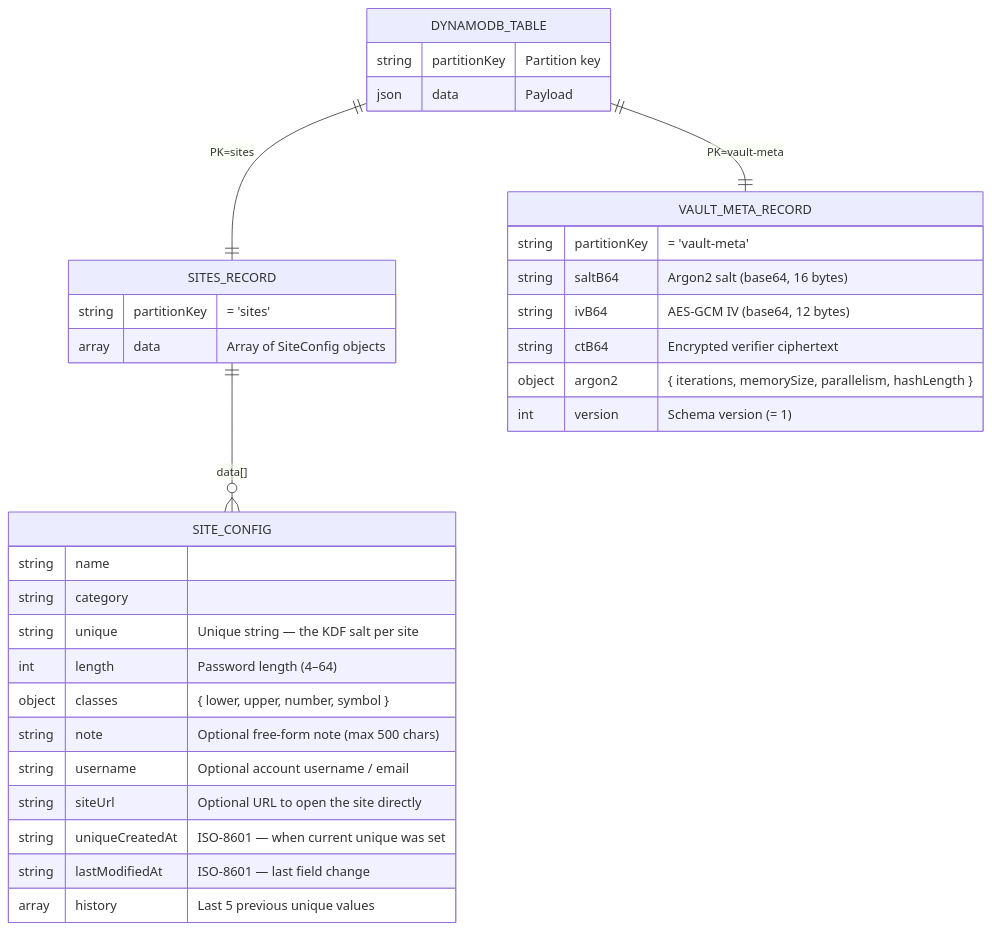
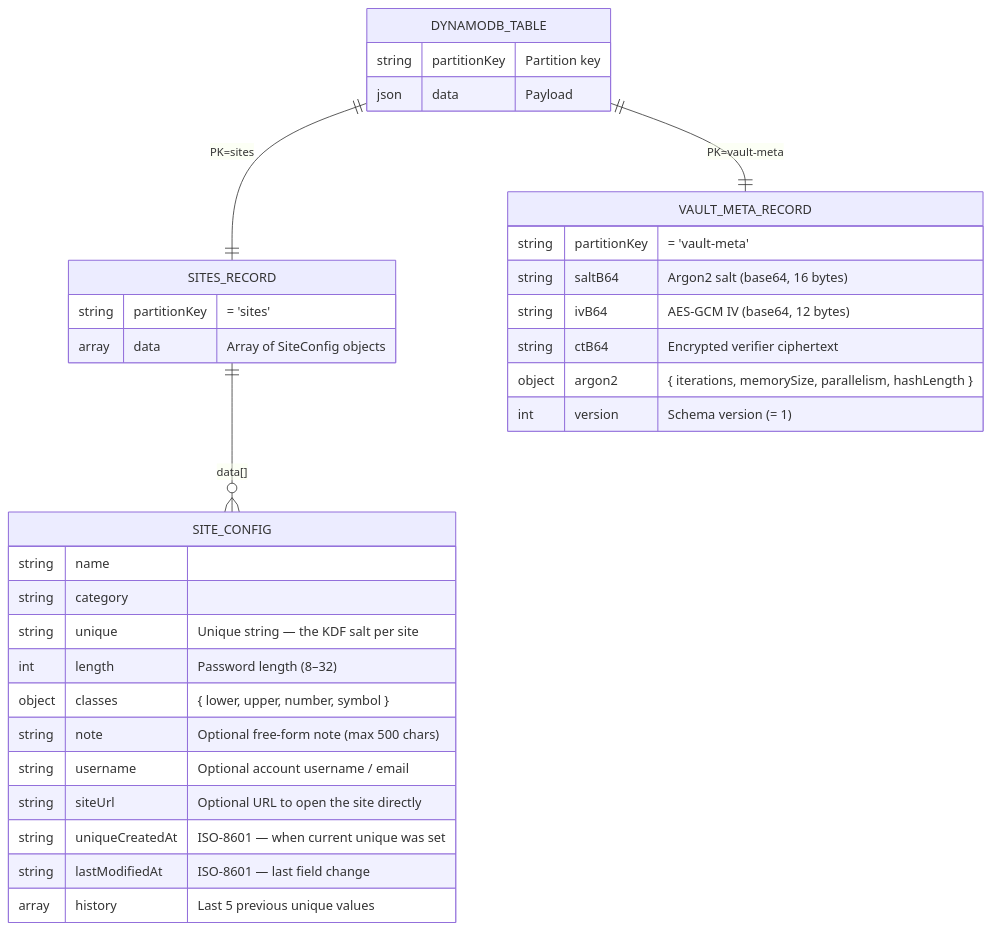
One commit to arindam-manulife/pManager changed the fourth of 8 diagrams in documentation/ARCHITECTURE.md. Above: the diagram before and after it, drawn with Mermaid. The commit also changed other lines of this file and 11 other files, not shown here.

````diff
--- a/documentation/ARCHITECTURE.md
+++ b/documentation/ARCHITECTURE.md
@@ -140,39 +151,39 @@
 ```mermaid
 erDiagram
     DYNAMODB_TABLE {
         string partitionKey "Partition key"
         json   data         "Payload"
     }
 
     SITES_RECORD {
         string partitionKey "= 'sites'"
         array  data         "Array of SiteConfig objects"
     }
 
     VAULT_META_RECORD {
         string partitionKey "= 'vault-meta'"
         string saltB64  "Argon2 salt (base64, 16 bytes)"
         string ivB64    "AES-GCM IV (base64, 12 bytes)"
         string ctB64    "Encrypted verifier ciphertext"
         object argon2   "{ iterations, memorySize, parallelism, hashLength }"
         int    version  "Schema version (= 1)"
     }
 
     SITE_CONFIG {
         string name
         string category
         string unique          "Unique string — the KDF salt per site"
-        int    length          "Password length (4–64)"
+        int    length          "Password length (8–32)"
         object classes         "{ lower, upper, number, symbol }"
         string note            "Optional free-form note (max 500 chars)"
         string username        "Optional account username / email"
         string siteUrl         "Optional URL to open the site directly"
         string uniqueCreatedAt "ISO-8601 — when current unique was set"
         string lastModifiedAt  "ISO-8601 — last field change"
         array  history         "Last 5 previous unique values"
     }
 
     DYNAMODB_TABLE ||--|| SITES_RECORD : "PK=sites"
     DYNAMODB_TABLE ||--|| VAULT_META_RECORD : "PK=vault-meta"
     SITES_RECORD   ||--o{ SITE_CONFIG : "data[]"
 ```
````
